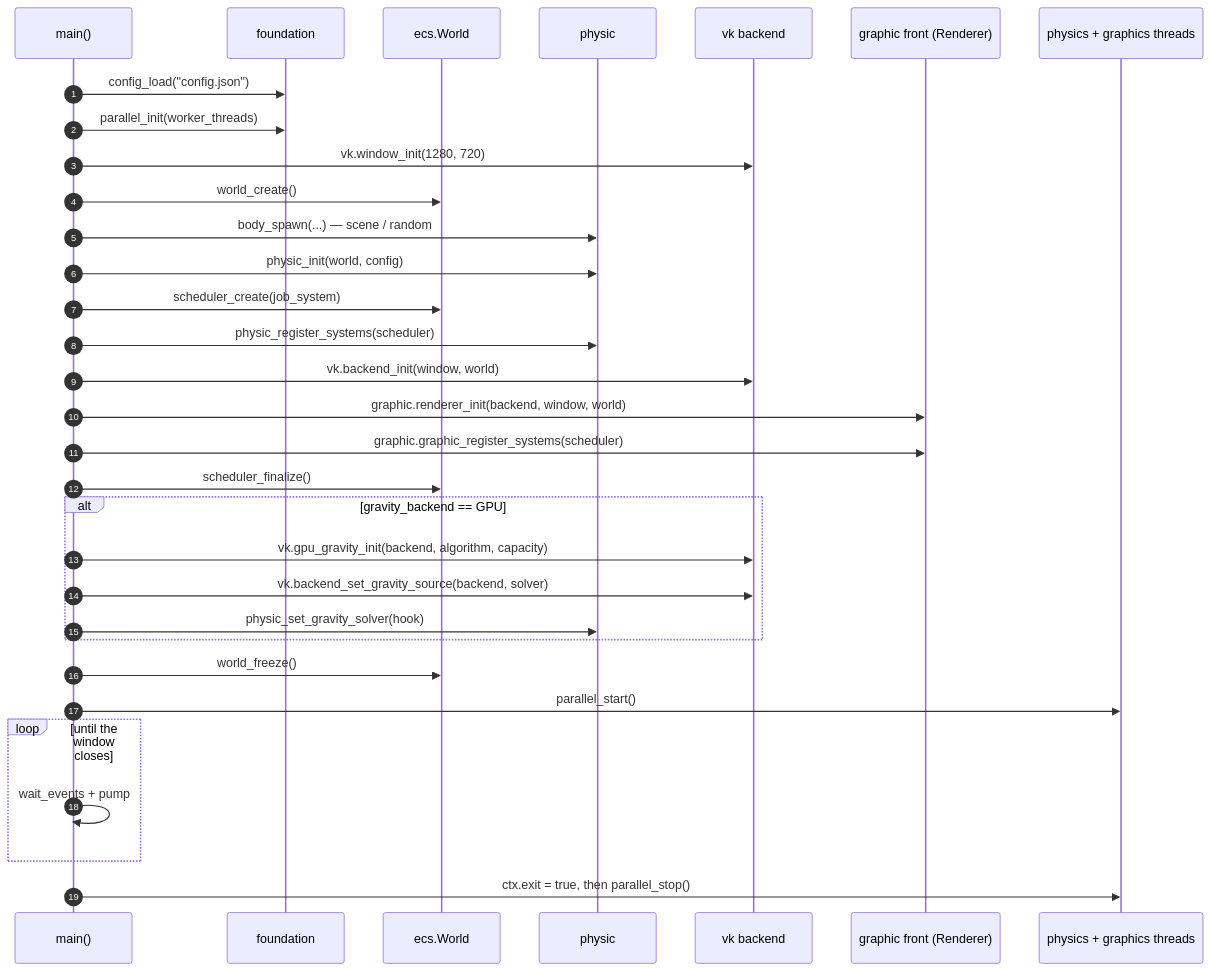
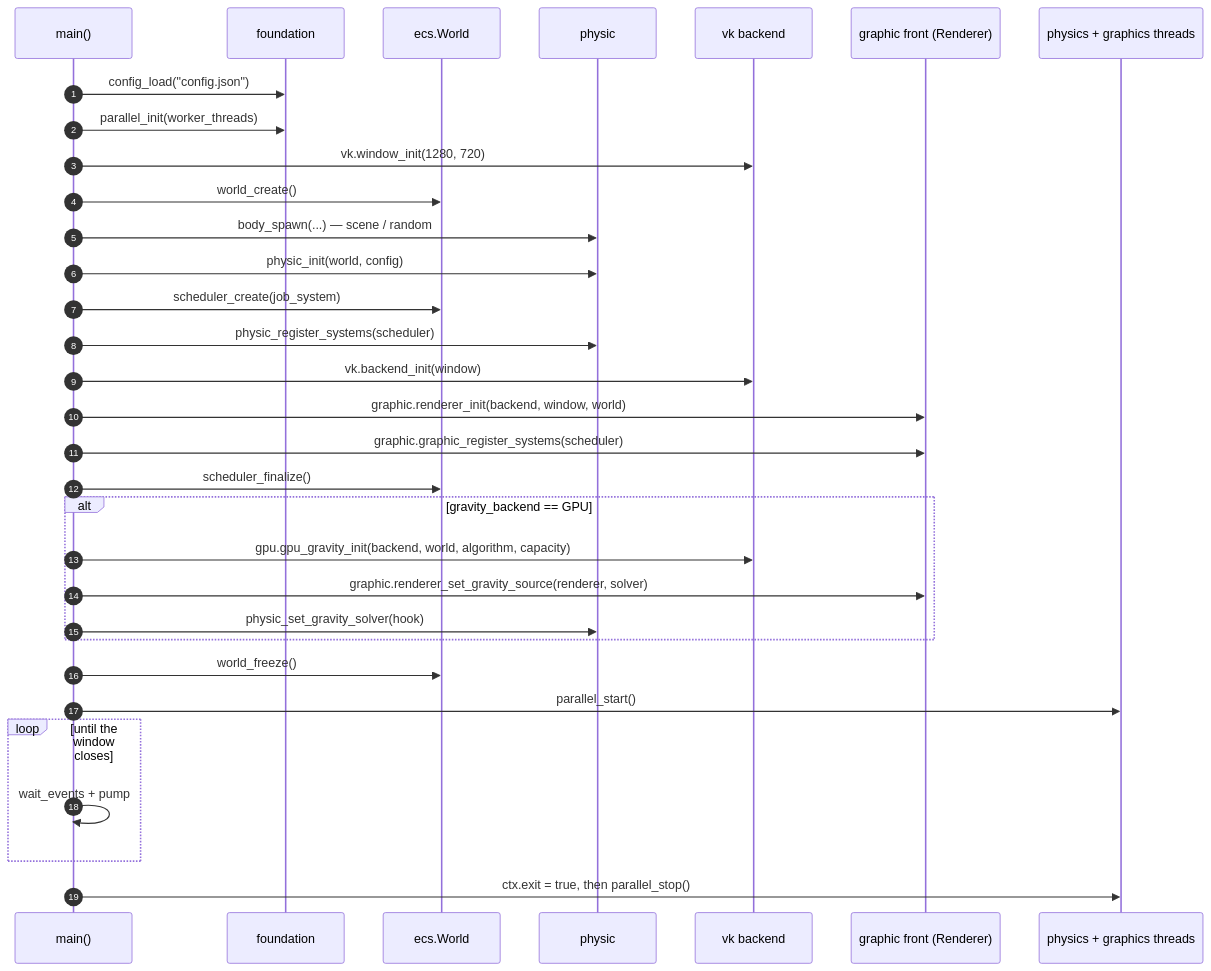
The fourth of 7 diagrams in docs/architecture.md (TanukiConDos/Gravity-Simulator), drawn with Mermaid before and after one commit. The commit also changed other lines of this file and 7 other files, not shown here.

First line of the commit message:
docs: four-package graphics split and the ECS-free backend rule

````diff
--- a/docs/architecture.md
+++ b/docs/architecture.md
@@ -145,35 +153,35 @@
 ```mermaid
 sequenceDiagram
     autonumber
     participant M as main()
     participant F as foundation
     participant W as ecs.World
     participant P as physic
     participant B as vk backend
     participant R as graphic front (Renderer)
     participant T as physics + graphics threads
 
     M->>F: config_load("config.json")
     M->>F: parallel_init(worker_threads)
     M->>B: vk.window_init(1280, 720)
     M->>W: world_create()
     M->>P: body_spawn(...) — scene / random
     M->>P: physic_init(world, config)
     M->>W: scheduler_create(job_system)
     M->>P: physic_register_systems(scheduler)
-    M->>B: vk.backend_init(window, world)
+    M->>B: vk.backend_init(window)
     M->>R: graphic.renderer_init(backend, window, world)
     M->>R: graphic.graphic_register_systems(scheduler)
     M->>W: scheduler_finalize()
     alt gravity_backend == GPU
-        M->>B: vk.gpu_gravity_init(backend, algorithm, capacity)
-        M->>B: vk.backend_set_gravity_source(backend, solver)
+        M->>B: gpu.gpu_gravity_init(backend, world, algorithm, capacity)
+        M->>R: graphic.renderer_set_gravity_source(renderer, solver)
         M->>P: physic_set_gravity_solver(hook)
     end
     M->>W: world_freeze()
     M->>T: parallel_start()
     loop until the window closes
         M->>M: wait_events + pump
     end
     M->>T: ctx.exit = true, then parallel_stop()
 ```
````
